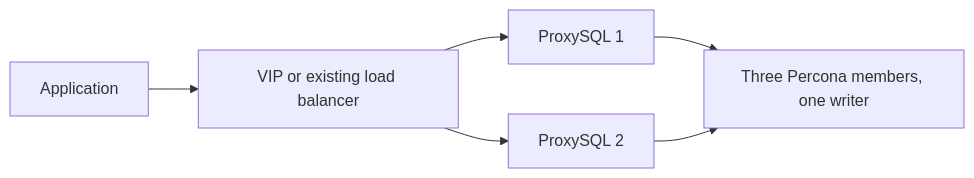
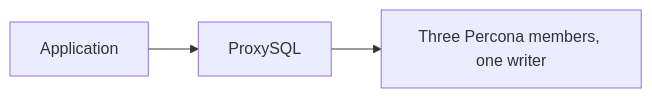
The diagram in docs/deployment-runbook.md (vishuops0210/percona_server_8.4), drawn with Mermaid before and after one commit. The commit also changed other lines of this file and 14 other files, not shown here.

Commit message:
Switch to one-ProxySQL setup: group-one-proxy playbook and inventory, drop proxysql_ha and two-proxy files

````diff
--- a/docs/deployment-runbook.md
+++ b/docs/deployment-runbook.md
@@ -20,8 +20,5 @@
 ```mermaid
 flowchart LR
-  A[Application] --> V[VIP or existing load balancer]
-  V --> P1[ProxySQL 1]
-  V --> P2[ProxySQL 2]
+  A[Application] --> P1[ProxySQL]
   P1 --> G[Three Percona members, one writer]
-  P2 --> G
 ```
````
